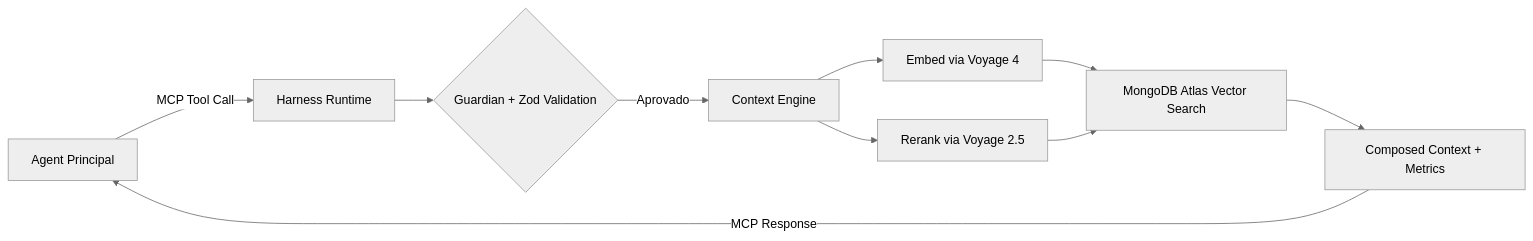
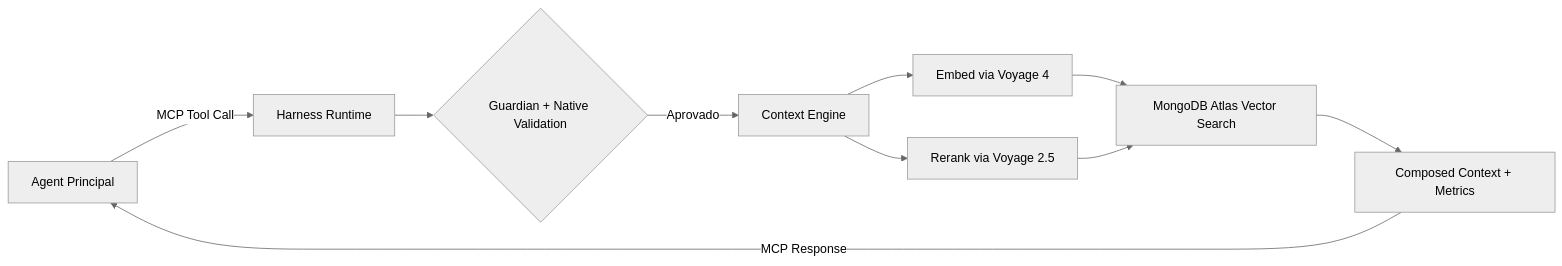
One commit to MachiTwo/MachiOnCoffee changed the diagram in content/docs/vectora/_index.md. Above: the diagram before and after it, drawn with Mermaid (neutral theme). The commit also changed other lines of this file and 27 other files, not shown here.

````diff
--- a/content/docs/vectora/_index.md
+++ b/content/docs/vectora/_index.md
@@ -50,12 +50,12 @@
 ```mermaid
 graph LR
     A[Agent Principal] -->|MCP Tool Call| B[Harness Runtime]
-    B --> C{Guardian + Zod Validation}
+    B --> C{Guardian + Native Validation}
     C -->| Aprovado| D[Context Engine]
     D --> E[Embed via Voyage 4]
     D --> F[Rerank via Voyage 2.5]
     E --> G[MongoDB Atlas Vector Search]
     F --> G
     G --> H[Composed Context + Metrics]
     H -->|MCP Response| A
 ```
````
